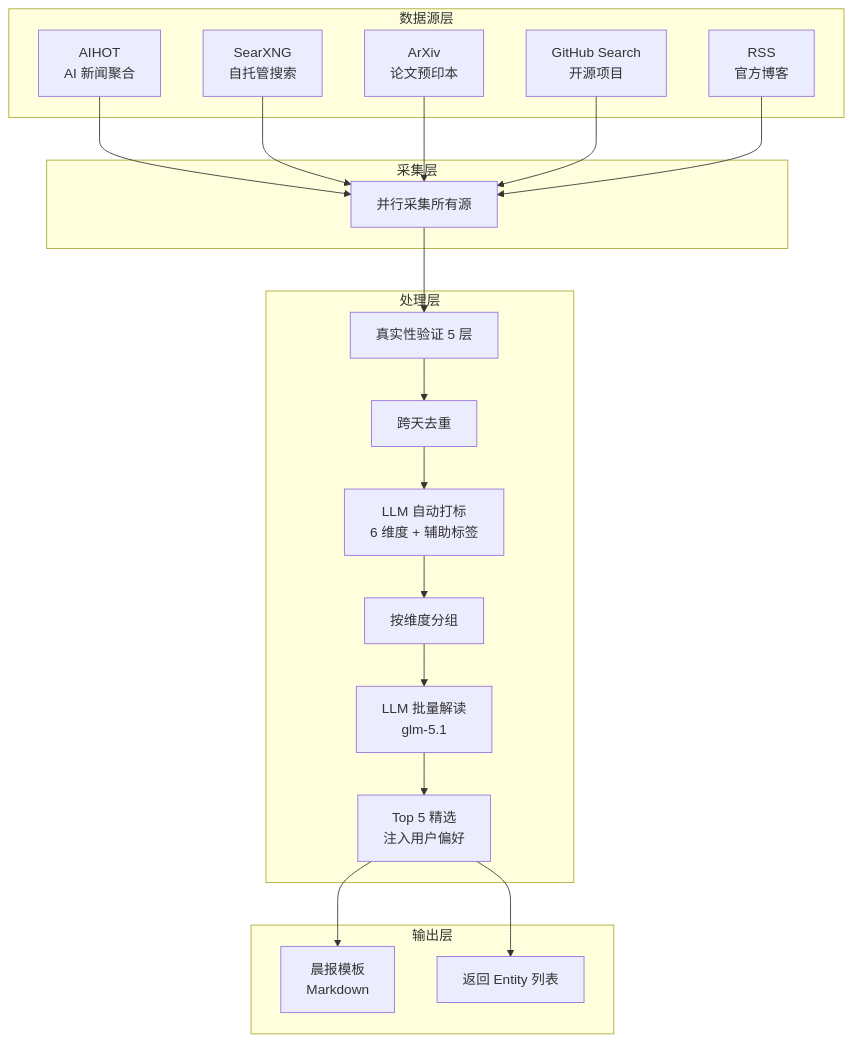
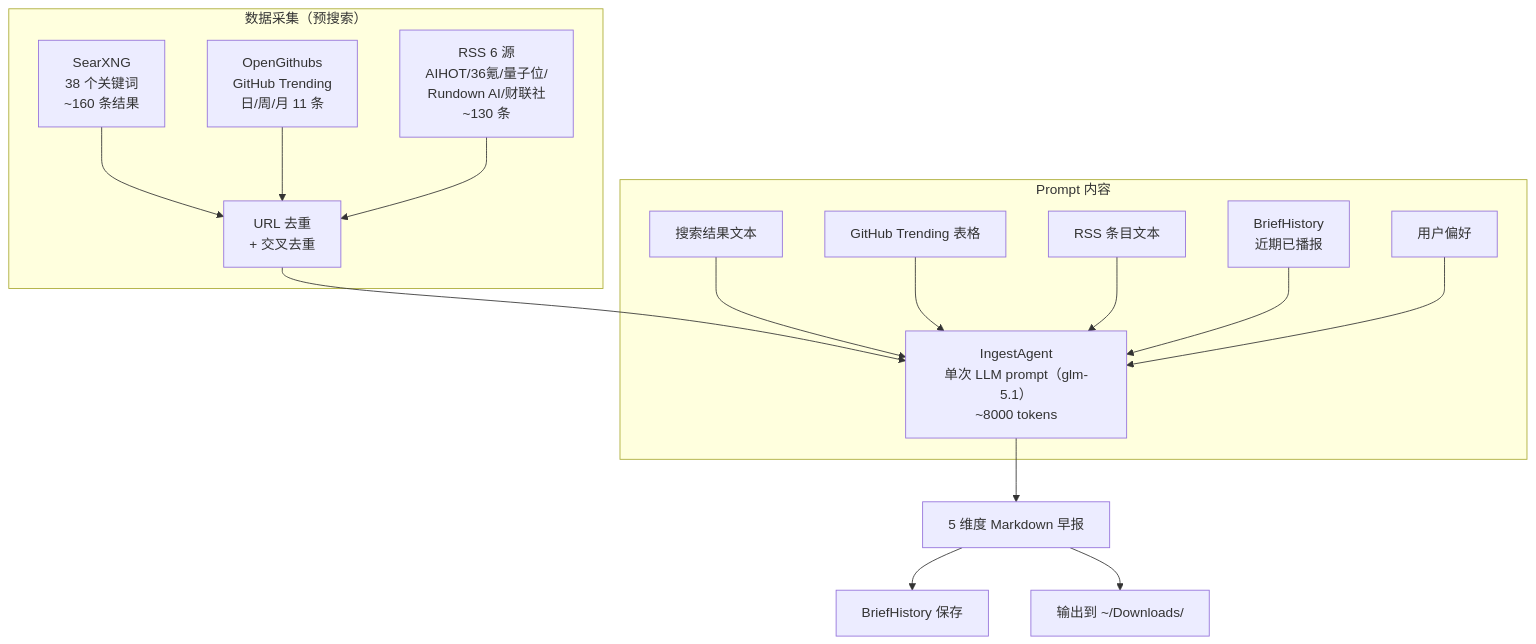
The diagram in docs/ingest/design/00-overview.md (xinovate/linglong-knowledge), drawn with Mermaid before and after one commit. The commit also changed other lines of this file and 4 other files, not shown here.

First line of the commit message:
docs: v2.0/v2.1 文档全面更新 — 架构图 + 设计总览 + roadmap + PROJECT_OVERVIEW

````diff
--- a/docs/ingest/design/00-overview.md
+++ b/docs/ingest/design/00-overview.md
@@ -64,34 +29,22 @@
 ```mermaid
 graph TD
-    subgraph 数据源层
-        A1[AIHOT<br/>AI 新闻聚合]
-        A2[SearXNG<br/>自托管搜索]
-        A3[ArXiv<br/>论文预印本]
-        A4[GitHub Search<br/>开源项目]
-        A5[RSS<br/>官方博客]
+    subgraph "数据采集（预搜索）"
+        A1[SearXNG<br/>38 个关键词<br/>~160 条结果] --> D[URL 去重<br/>+ 交叉去重]
+        A2[OpenGithubs<br/>GitHub Trending<br/>日/周/月 11 条] --> D
+        A3[RSS 6 源<br/>AIHOT/36氪/量子位/<br/>Rundown AI/财联社<br/>~130 条] --> D
     end
 
-    subgraph 采集层
-        B1[并行采集所有源]
+    D --> E["IngestAgent<br/>单次 LLM prompt（glm-5.1）<br/>~8000 tokens"]
+
+    subgraph "Prompt 内容"
+        F1[搜索结果文本] --> E
+        F2[GitHub Trending 表格] --> E
+        F3[RSS 条目文本] --> E
+        F4[BriefHistory<br/>近期已播报] --> E
+        F5[用户偏好] --> E
     end
 
-    subgraph 处理层
-        B2[真实性验证 5 层] --> B3[跨天去重]
-        B3 --> B4[LLM 自动打标<br/>6 维度 + 辅助标签]
-        B4 --> B5[按维度分组]
-        B5 --> B6[LLM 批量解读<br/>glm-5.1]
-        B6 --> B7[Top 5 精选<br/>注入用户偏好]
-    end
-
-    subgraph 输出层
-        B7 --> C1[晨报模板<br/>Markdown]
-        B7 --> C2[返回 Entity 列表]
-    end
-
-    A1 --> B1
-    A2 --> B1
-    A3 --> B1
-    A4 --> B1
-    A5 --> B1
-    B1 --> B2
+    E --> G[5 维度 Markdown 早报]
+    G --> H[BriefHistory 保存]
+    G --> I[输出到 ~/Downloads/]
 ```
````
